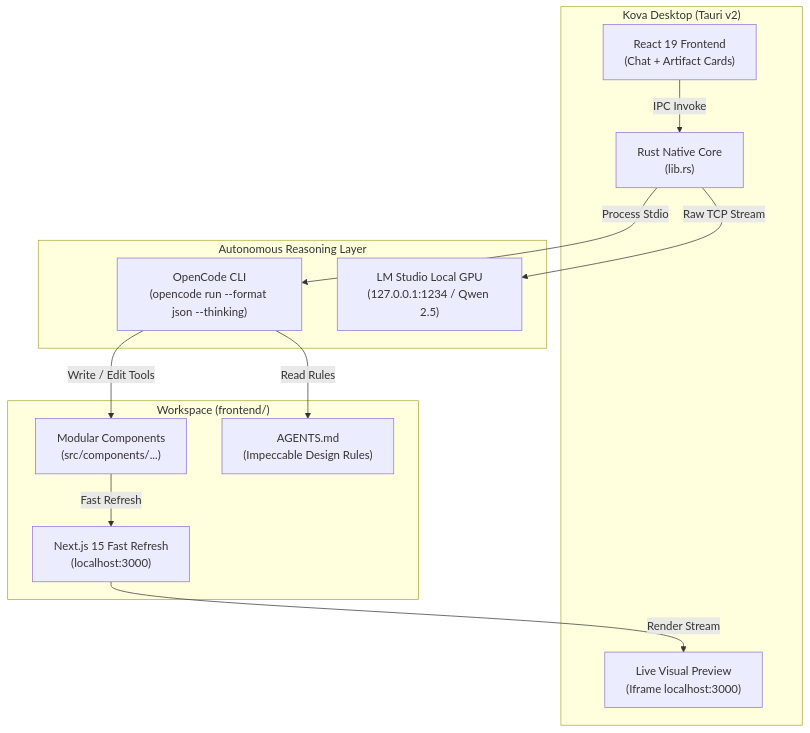
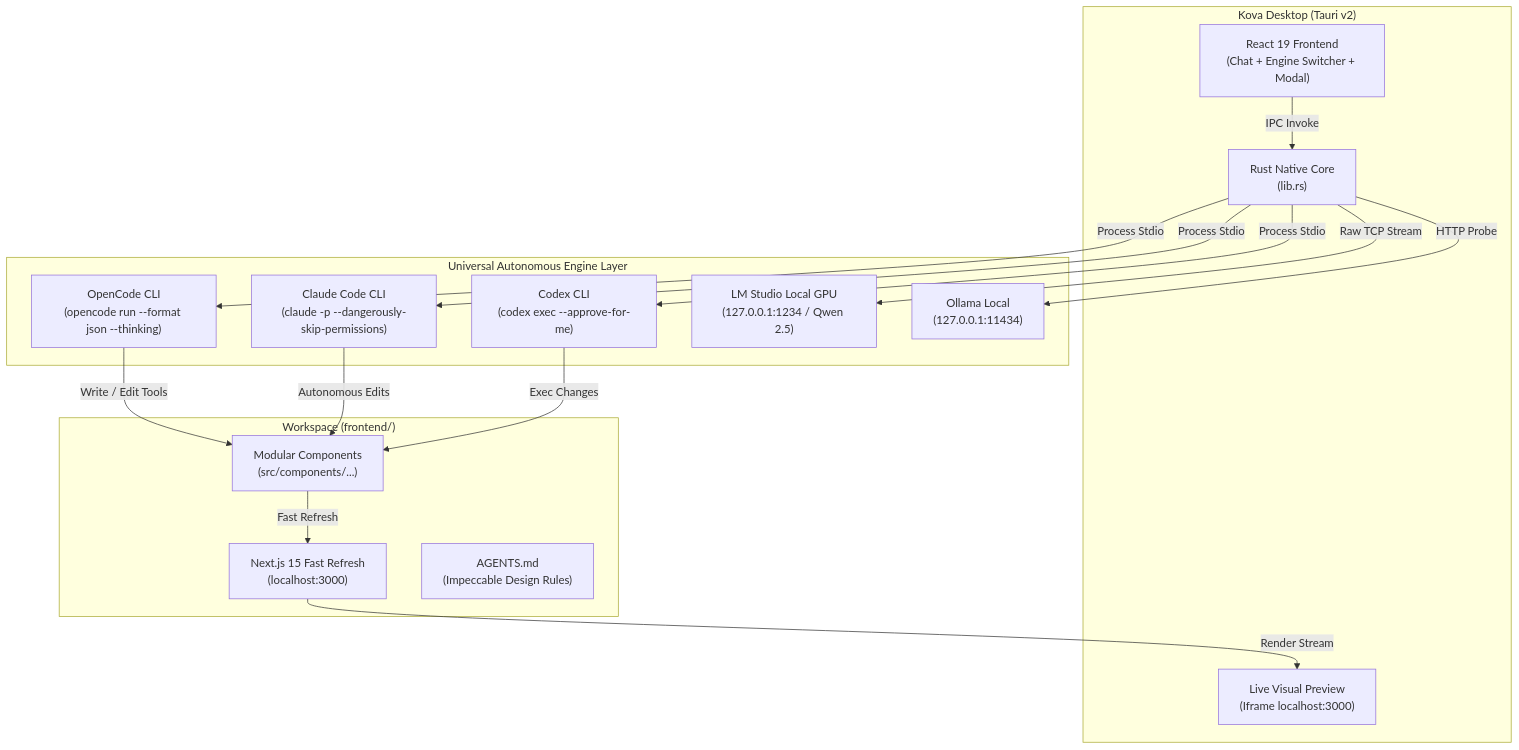
The diagram in README.md (gusfing/kova-ai), drawn with Mermaid before and after one commit. The commit also changed other lines of this file and 4 other files, not shown here.

Commit message:
feat: universal CLI engine connector & in-chat model switcher (OpenCode, Claude Code, Codex, LM Studio)

````diff
--- a/README.md
+++ b/README.md
@@ -59,27 +64,35 @@
 ```mermaid
 flowchart TD
     subgraph DesktopApp ["Kova Desktop (Tauri v2)"]
-        UI["React 19 Frontend\n(Chat + Artifact Cards)"]
+        UI["React 19 Frontend\n(Chat + Engine Switcher + Modal)"]
         Preview["Live Visual Preview\n(Iframe localhost:3000)"]
         RustIPC["Rust Native Core\n(lib.rs)"]
     end
 
-    subgraph Agents ["Autonomous Reasoning Layer"]
+    subgraph Agents ["Universal Autonomous Engine Layer"]
         OpenCode["OpenCode CLI\n(opencode run --format json --thinking)"]
+        ClaudeCode["Claude Code CLI\n(claude -p --dangerously-skip-permissions)"]
+        CodexCLI["Codex CLI\n(codex exec --approve-for-me)"]
         LMStudio["LM Studio Local GPU\n(127.0.0.1:1234 / Qwen 2.5)"]
+        Ollama["Ollama Local\n(127.0.0.1:11434)"]
     end
 
     subgraph TargetProject ["Workspace (frontend/)"]
         NextDev["Next.js 15 Fast Refresh\n(localhost:3000)"]
         DiskFiles["Modular Components\n(src/components/...)"]
         SkillFile["AGENTS.md\n(Impeccable Design Rules)"]
     end
 
     UI -->|IPC Invoke| RustIPC
     RustIPC -->|Process Stdio| OpenCode
+    RustIPC -->|Process Stdio| ClaudeCode
+    RustIPC -->|Process Stdio| CodexCLI
     RustIPC -->|Raw TCP Stream| LMStudio
+    RustIPC -->|HTTP Probe| Ollama
+
     OpenCode -->|Write / Edit Tools| DiskFiles
-    OpenCode -->|Read Rules| SkillFile
+    ClaudeCode -->|Autonomous Edits| DiskFiles
+    CodexCLI -->|Exec Changes| DiskFiles
     DiskFiles -->|Fast Refresh| NextDev
     NextDev -->|Render Stream| Preview
 ```
````
